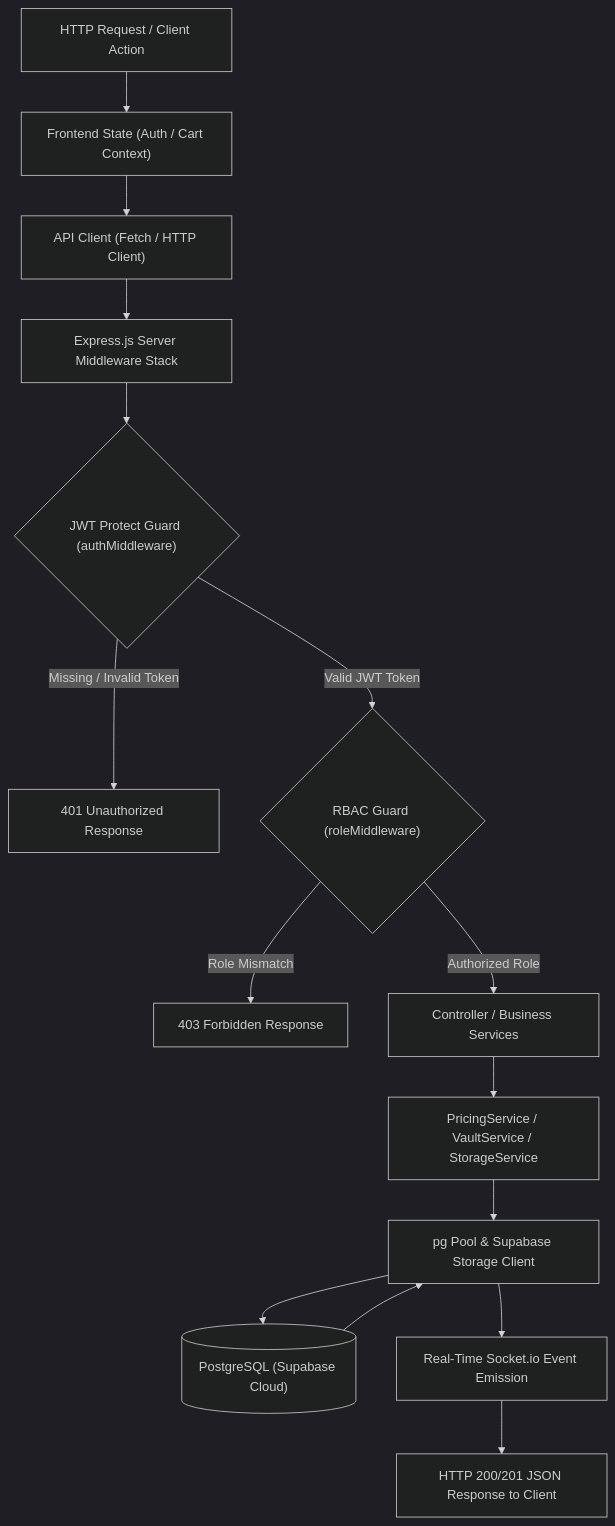
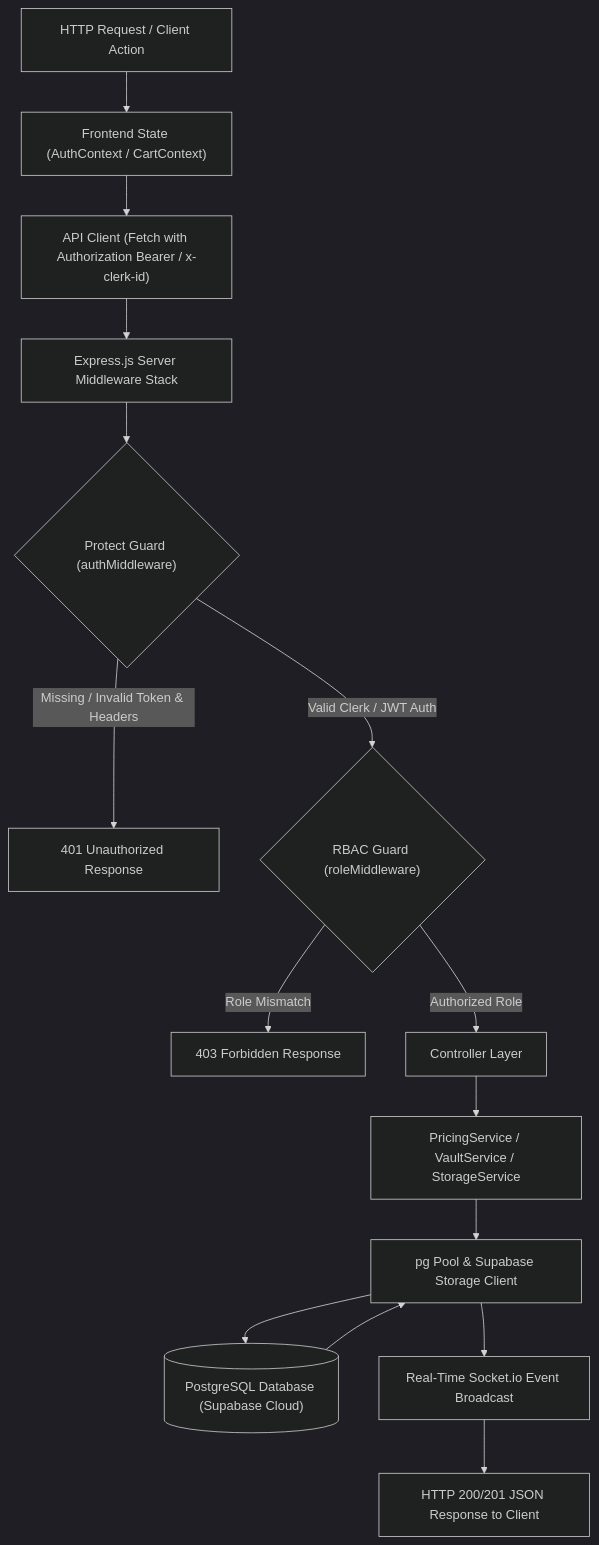
One commit to em-srs/Medifly changed the second of 5 diagrams in notes.md. Above: the diagram before and after it, drawn with Mermaid (dark theme). The commit also changed other lines of this file and 1 other file, not shown here.

Commit message:
docs: update README.md and notes.md with current PostgreSQL architecture, Clerk auth, system flow diagrams, ERD, and production updates

````diff
--- a/notes.md
+++ b/notes.md
@@ -70,17 +72,17 @@
 ```mermaid
 graph TD
-    A["HTTP Request / Client Action"] --> B["Frontend State (Auth / Cart Context)"]
-    B --> C["API Client (Fetch / HTTP Client)"]
+    A["HTTP Request / Client Action"] --> B["Frontend State (AuthContext / CartContext)"]
+    B --> C["API Client (Fetch with Authorization Bearer / x-clerk-id)"]
     C --> D["Express.js Server Middleware Stack"]
-    D --> E{"JWT Protect Guard (authMiddleware)"}
-    E -- "Missing / Invalid Token" --> F["401 Unauthorized Response"]
-    E -- "Valid JWT Token" --> G{"RBAC Guard (roleMiddleware)"}
+    D --> E{"Protect Guard (authMiddleware)"}
+    E -- "Missing / Invalid Token & Headers" --> F["401 Unauthorized Response"]
+    E -- "Valid Clerk / JWT Auth" --> G{"RBAC Guard (roleMiddleware)"}
     G -- "Role Mismatch" --> H["403 Forbidden Response"]
-    G -- "Authorized Role" --> I["Controller / Business Services"]
+    G -- "Authorized Role" --> I["Controller Layer"]
     I --> J["PricingService / VaultService / StorageService"]
     J --> K["pg Pool & Supabase Storage Client"]
-    K --> L[("PostgreSQL (Supabase Cloud)")]
+    K --> L[("PostgreSQL Database (Supabase Cloud)")]
     L --> K
-    K --> M["Real-Time Socket.io Event Emission"]
+    K --> M["Real-Time Socket.io Event Broadcast"]
     M --> N["HTTP 200/201 JSON Response to Client"]
 ```
````
